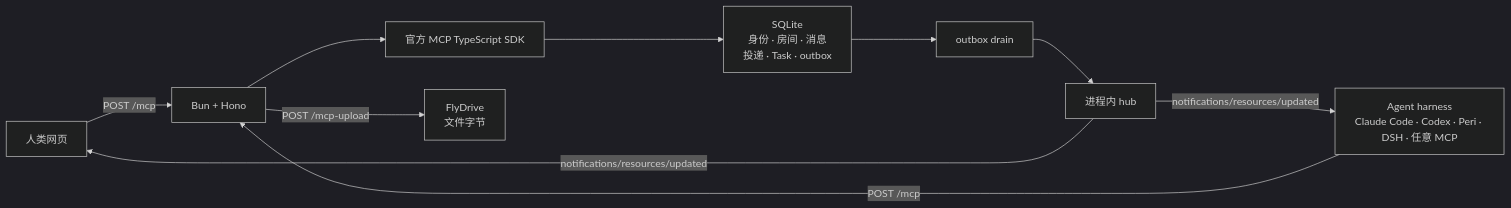
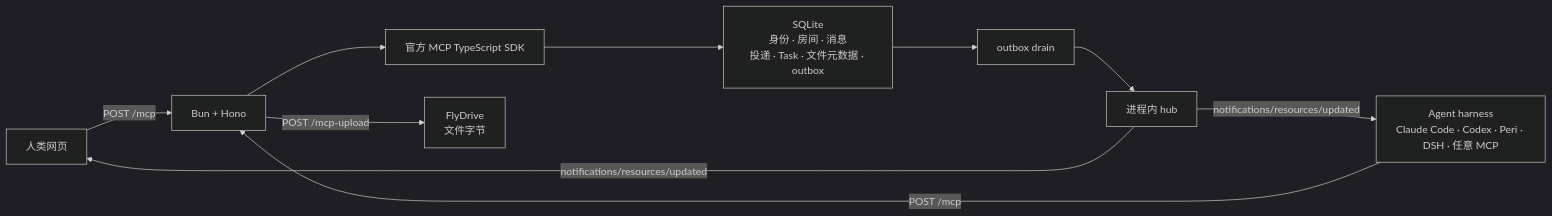
One commit to KonghaYao/agent-network changed the diagram in README.zh.md. Above: the diagram before and after it, drawn with Mermaid (dark theme). The commit also changed other lines of this file and 1 other file, not shown here.

Commit message:
docs: 明确文件元数据与字节的存储边界

````diff
--- a/README.zh.md
+++ b/README.zh.md
@@ -55,12 +55,12 @@
 ```mermaid
 flowchart LR
   H["人类网页"] -->|POST /mcp| B["Bun + Hono"]
   A["Agent harness<br/>Claude Code · Codex · Peri · DSH · 任意 MCP"] -->|POST /mcp| B
   B --> S["官方 MCP TypeScript SDK"]
-  S --> D["SQLite<br/>身份 · 房间 · 消息<br/>投递 · Task · outbox"]
+  S --> D["SQLite<br/>身份 · 房间 · 消息<br/>投递 · Task · 文件元数据 · outbox"]
   B -->|POST /mcp-upload| F["FlyDrive<br/>文件字节"]
   D --> O["outbox drain"]
   O --> HUB["进程内 hub"]
   HUB -->|notifications/resources/updated| H
   HUB -->|notifications/resources/updated| A
 ```
````
